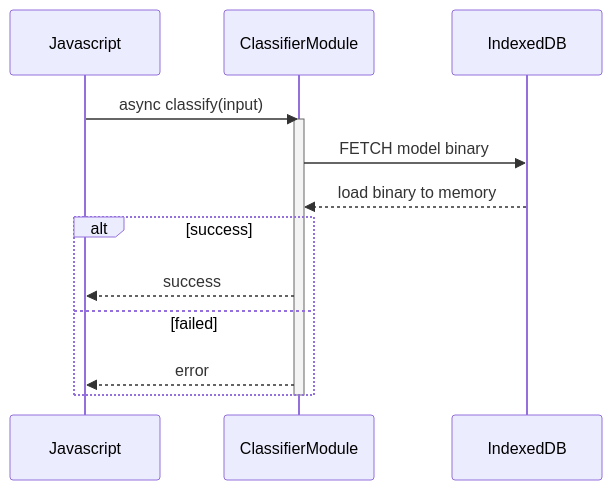
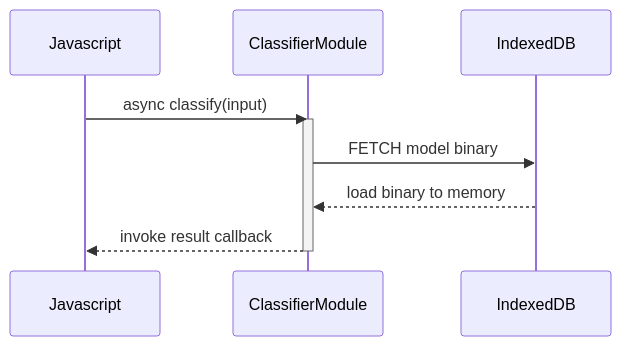
One commit to HungNgKh/zinnia-demo changed the second of 2 diagrams in README.md. Above: the diagram before and after it, drawn with Mermaid. The commit also changed other lines of this file, not shown here.

Commit message:
callback result

````diff
--- a/README.md
+++ b/README.md
@@ -113,17 +128,13 @@
 ```mermaid
 sequenceDiagram;
   participant Javascript
   participant ClassifierModule
   participant IndexedDB
 
   Javascript->>ClassifierModule: async classify(input)
   activate ClassifierModule
   ClassifierModule->>IndexedDB: FETCH model binary
   IndexedDB-->>ClassifierModule: load binary to memory
-  alt success
-    ClassifierModule-->>Javascript: success
-  else failed
-    ClassifierModule-->>Javascript: error
-  end
+  ClassifierModule-->>Javascript: invoke result callback
   deactivate ClassifierModule
 ```
````
